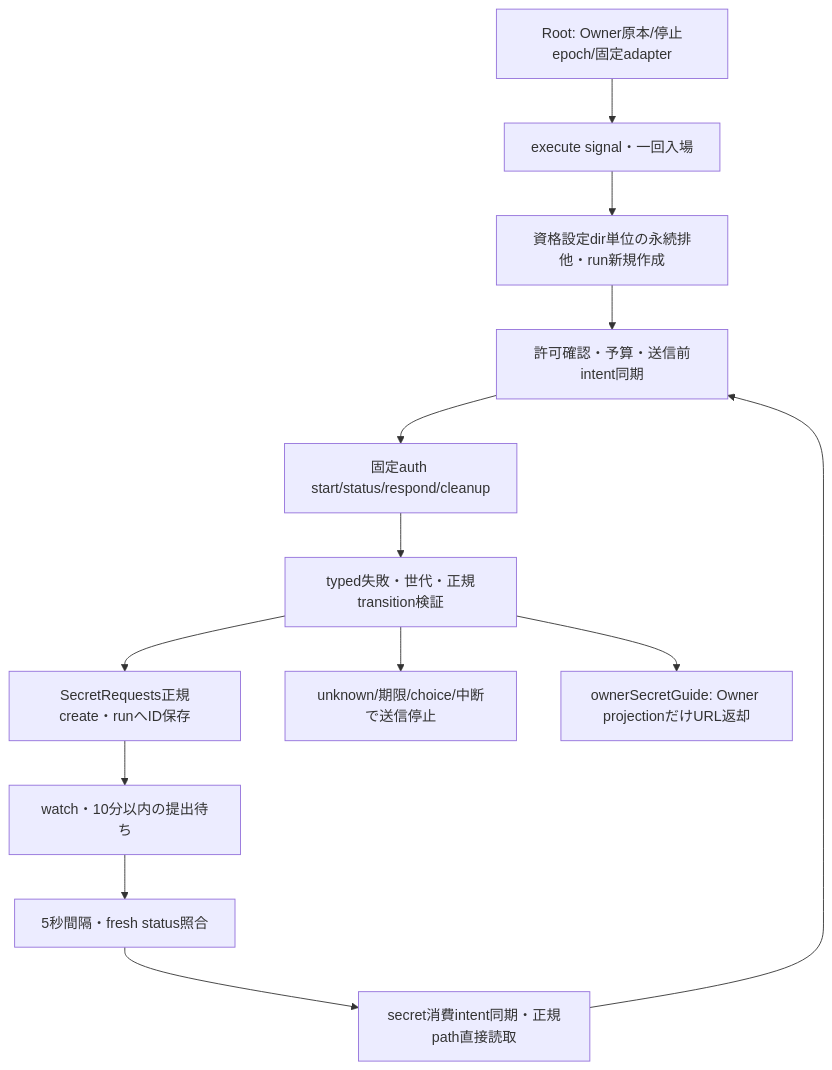
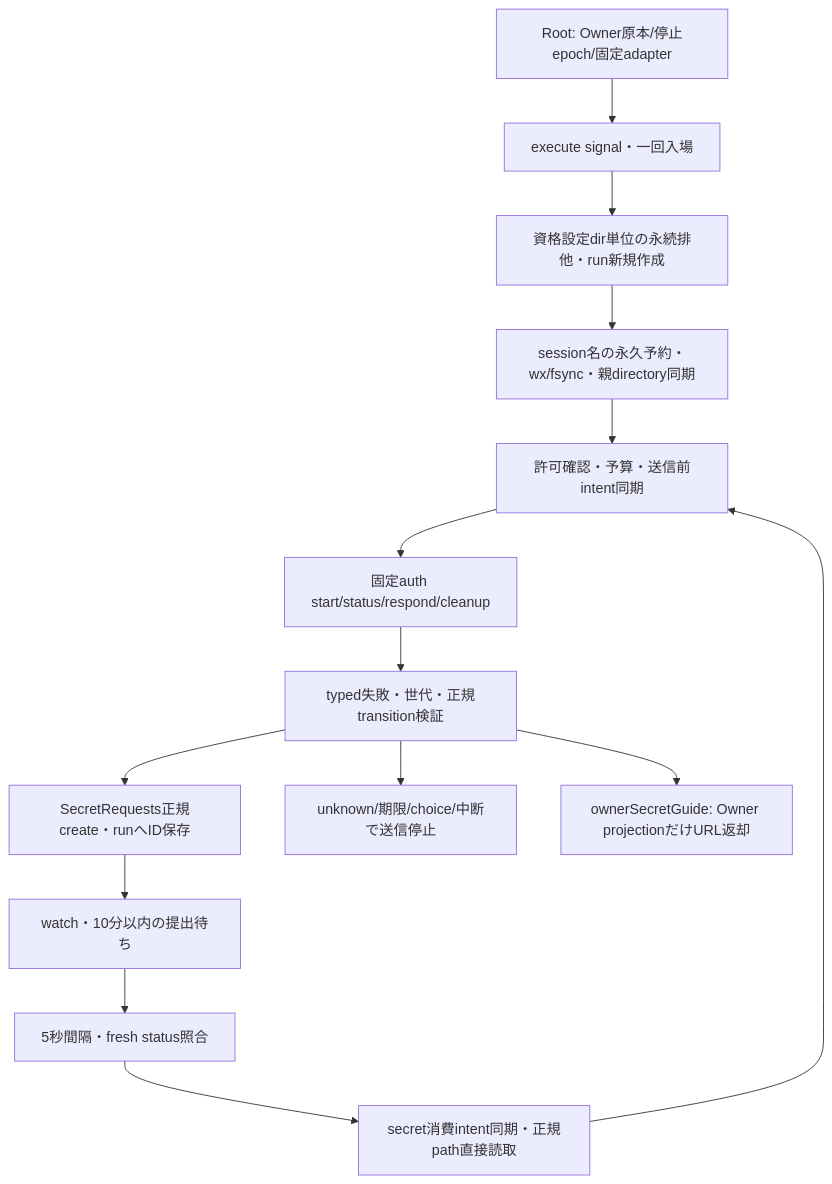
Before and after one commit to kitepon/BellTeam: the diagram in docs/architecture/modules/usage/olrw-auth.md, drawn with Mermaid. The commit also changed other lines of this file and 2 other files, not shown here.

Commit message:
fix: permanently reserve authentication session names

````diff
--- a/docs/architecture/modules/usage/olrw-auth.md
+++ b/docs/architecture/modules/usage/olrw-auth.md
@@ -5,15 +5,16 @@
 ```mermaid
 flowchart TD
   Root[Root: Owner原本/停止epoch/固定adapter] --> Execute[execute signal・一回入場]
   Execute --> Lock[資格設定dir単位の永続排他・run新規作成]
-  Lock --> Intent[許可確認・予算・送信前intent同期]
+  Lock --> Reserve[session名の永久予約・wx/fsync・親directory同期]
+  Reserve --> Intent[許可確認・予算・送信前intent同期]
   Intent --> Native[固定auth start/status/respond/cleanup]
   Native --> Check[typed失敗・世代・正規transition検証]
   Check --> Request[SecretRequests正規create・runへID保存]
   Request --> Wait[watch・10分以内の提出待ち]
   Wait --> Fresh[5秒間隔・fresh status照合]
   Fresh --> Claim[secret消費intent同期・正規path直接読取]
   Claim --> Intent
   Check --> Stop[unknown/期限/choice/中断で送信停止]
   Check --> Guide[ownerSecretGuide: Owner projectionだけURL返却]
 ```
````
